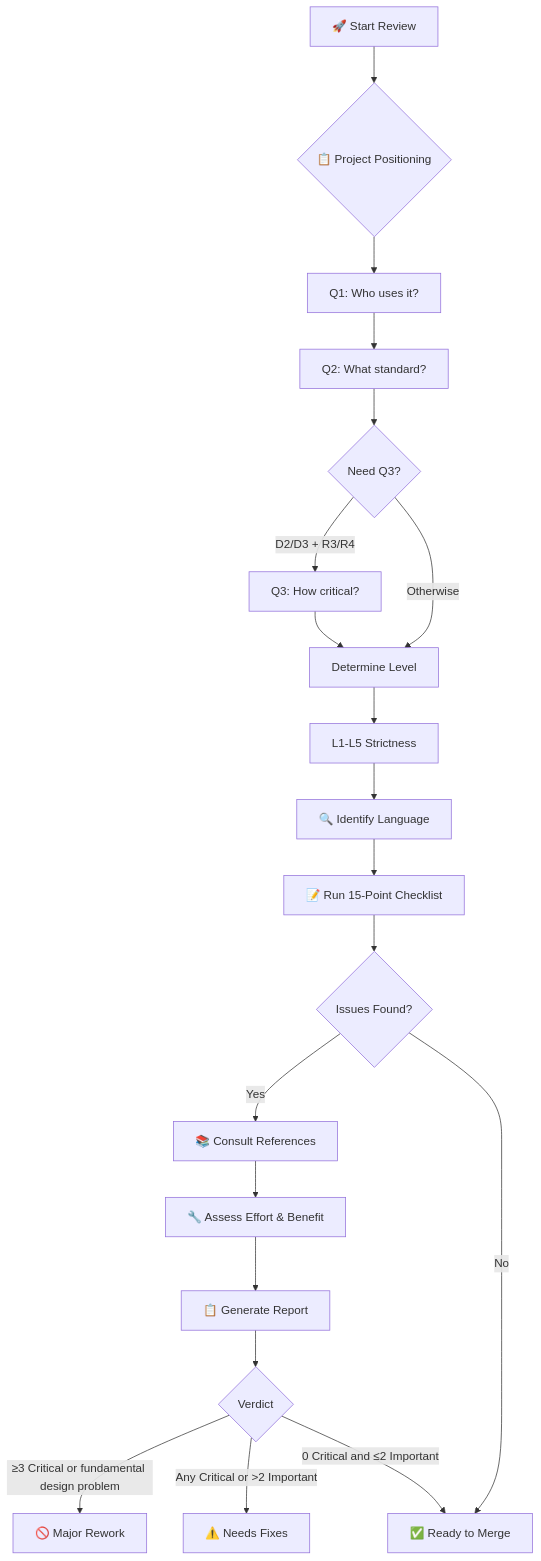
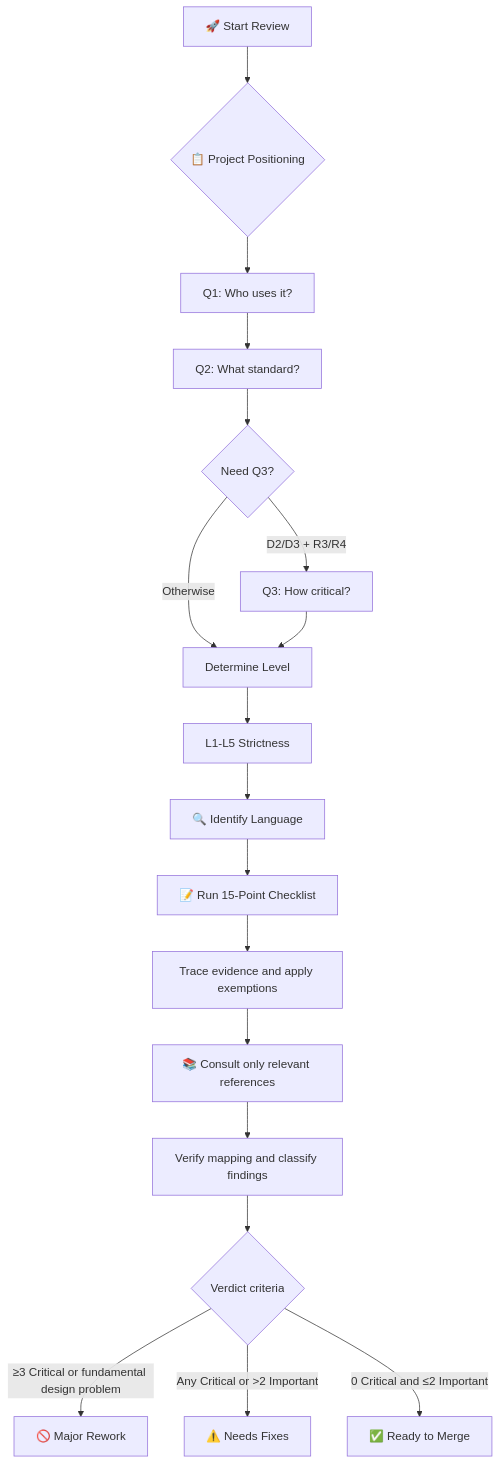
Before and after one commit to R-jed/clean-code-reviewer: the diagram in skills/clean-code-reviewer/docs/features.md, drawn with Mermaid. The commit also changed other lines of this file, not shown here.

Commit message:
docs: align feature flow with review authority model

````diff
--- a/skills/clean-code-reviewer/docs/features.md
+++ b/skills/clean-code-reviewer/docs/features.md
@@ -135,27 +137,23 @@
 ```mermaid
 flowchart TD
     A[🚀 Start Review] --> B{📋 Project Positioning}
     B --> C[Q1: Who uses it?]
     C --> D[Q2: What standard?]
     D --> E{Need Q3?}
 
     E -->|D2/D3 + R3/R4| F[Q3: How critical?]
     E -->|Otherwise| G[Determine Level]
     F --> G
 
     G --> H[L1-L5 Strictness]
     H --> I[🔍 Identify Language]
     I --> J[📝 Run 15-Point Checklist]
-    J --> K{Issues Found?}
+    J --> K[Trace evidence and apply exemptions]
+    K --> L[📚 Consult only relevant references]
+    L --> M[Verify mapping and classify findings]
+    M --> N{Verdict criteria}
 
-    K -->|Yes| L[📚 Consult References]
-    K -->|No| M[✅ Ready to Merge]
-
-    L --> L2[🔧 Assess Effort & Benefit]
-    L2 --> N[📋 Generate Report]
-    N --> O{Verdict}
-
-    O -->|≥3 Critical or fundamental design problem| P[🚫 Major Rework]
-    O -->|Any Critical or >2 Important| Q[⚠️ Needs Fixes]
-    O -->|0 Critical and ≤2 Important| M
+    N -->|≥3 Critical or fundamental design problem| O[🚫 Major Rework]
+    N -->|Any Critical or >2 Important| P[⚠️ Needs Fixes]
+    N -->|0 Critical and ≤2 Important| Q[✅ Ready to Merge]
 ```
````
